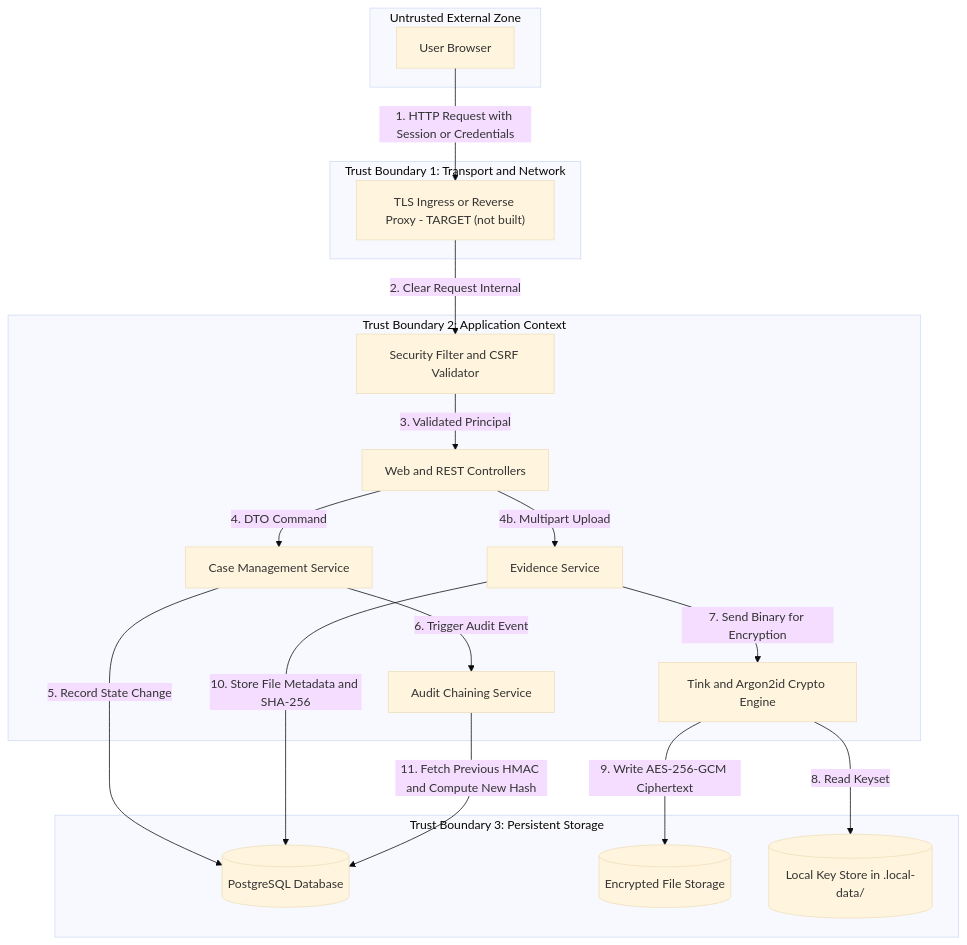
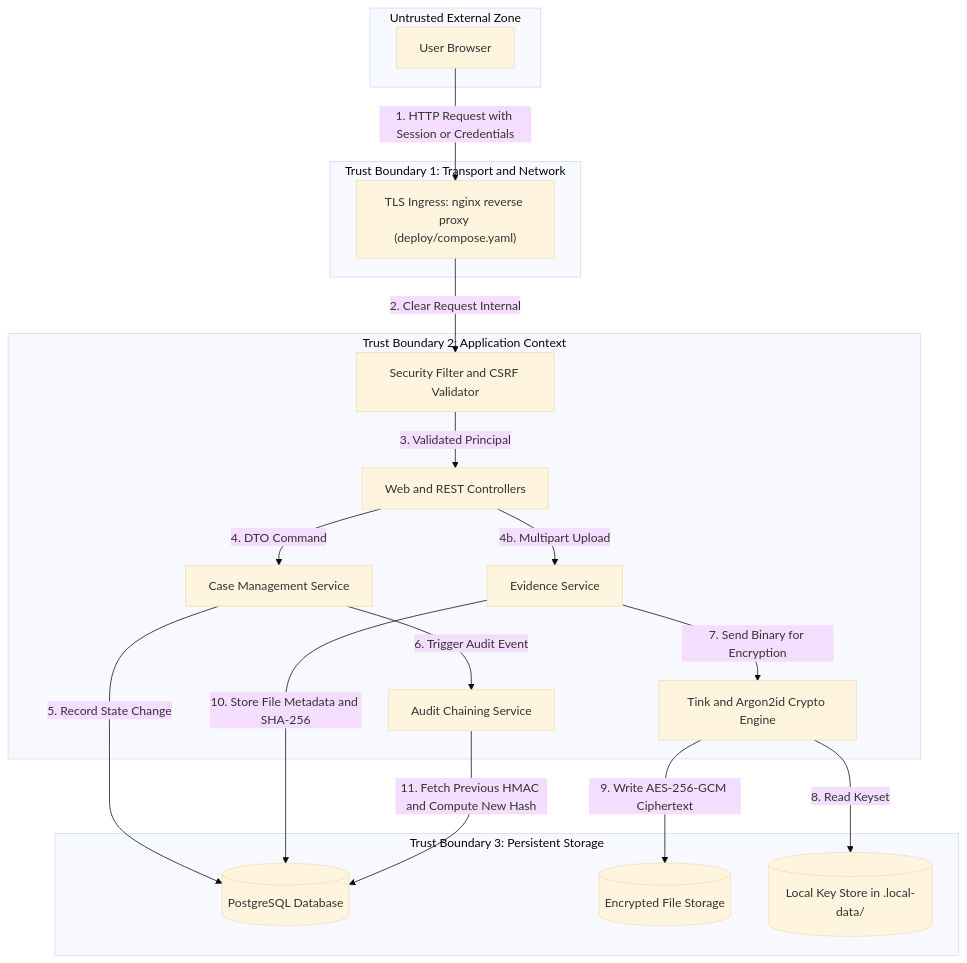
Before and after one commit to hasinhuda/CaseVault: the first of 5 diagrams in docs/data-flow.md, drawn with Mermaid (base theme). The commit also changed other lines of this file and 38 other files, not shown here.

First line of the commit message:
feat(deploy): hardened Docker stack with nginx TLS, app and PostgreSQL (Phase 12B)

````diff
--- a/docs/data-flow.md
+++ b/docs/data-flow.md
@@ -12,41 +12,41 @@
 ```mermaid
 flowchart TD
     subgraph External["Untrusted External Zone"]
         User["User Browser"]
     end
 
     subgraph Boundary1["Trust Boundary 1: Transport and Network"]
-        TLS["TLS Ingress or Reverse Proxy - TARGET (not built)"]
+        TLS["TLS Ingress: nginx reverse proxy (deploy/compose.yaml)"]
     end
 
     subgraph Boundary2["Trust Boundary 2: Application Context"]
         SecFilter["Security Filter and CSRF Validator"]
         Controller["Web and REST Controllers"]
         CaseService["Case Management Service"]
         EvidenceService["Evidence Service"]
         AuditService["Audit Chaining Service"]
         CryptoService["Tink and Argon2id Crypto Engine"]
     end
 
     subgraph Boundary3["Trust Boundary 3: Persistent Storage"]
         DB[("PostgreSQL Database")]
         Storage[("Encrypted File Storage")]
         KeyDir[("Local Key Store in .local-data/")]
     end
 
     User -->|1. HTTP Request with Session or Credentials| TLS
     TLS -->|2. Clear Request Internal| SecFilter
     SecFilter -->|3. Validated Principal| Controller
     Controller -->|4. DTO Command| CaseService
     Controller -->|4b. Multipart Upload| EvidenceService
 
     CaseService -->|5. Record State Change| DB
     CaseService -->|6. Trigger Audit Event| AuditService
 
     EvidenceService -->|7. Send Binary for Encryption| CryptoService
     CryptoService -->|8. Read Keyset| KeyDir
     CryptoService -->|9. Write AES-256-GCM Ciphertext| Storage
     EvidenceService -->|10. Store File Metadata and SHA-256| DB
 
     AuditService -->|11. Fetch Previous HMAC and Compute New Hash| DB
 ```
````
